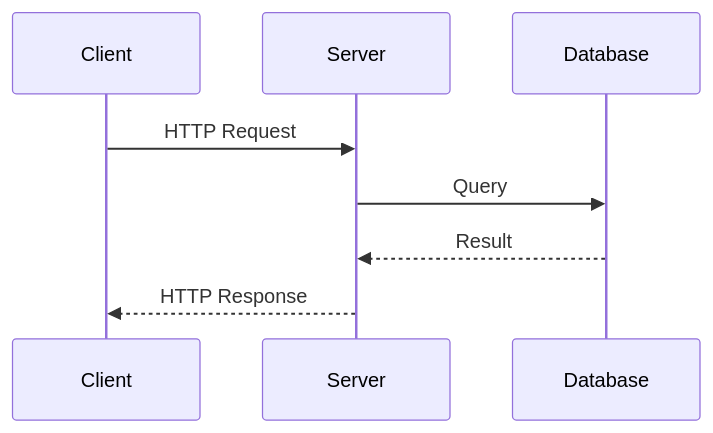
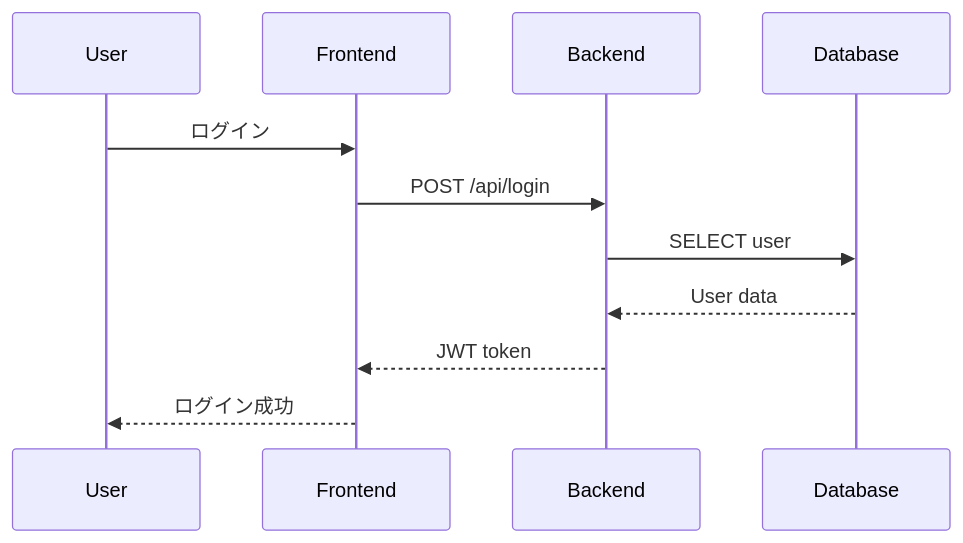
Before and after one commit to runkids/claude-skill-registry: the second of 8 diagrams in skills/data/mermaid-diagram/SKILL.md, drawn with Mermaid. The commit also changed other lines of this file and 15747 other files, not shown here.

````diff
--- a/skills/data/mermaid-diagram/SKILL.md
+++ b/skills/data/mermaid-diagram/SKILL.md
@@ -97,11 +58,14 @@
 ```mermaid
 sequenceDiagram
-    participant C as Client
-    participant S as Server
-    participant D as Database
+    participant User
+    participant Frontend
+    participant Backend
+    participant Database
 
-    C->>S: HTTP Request
-    S->>D: Query
-    D-->>S: Result
-    S-->>C: HTTP Response
+    User->>Frontend: ログイン
+    Frontend->>Backend: POST /api/login
+    Backend->>Database: SELECT user
+    Database-->>Backend: User data
+    Backend-->>Frontend: JWT token
+    Frontend-->>User: ログイン成功
 ```
````
